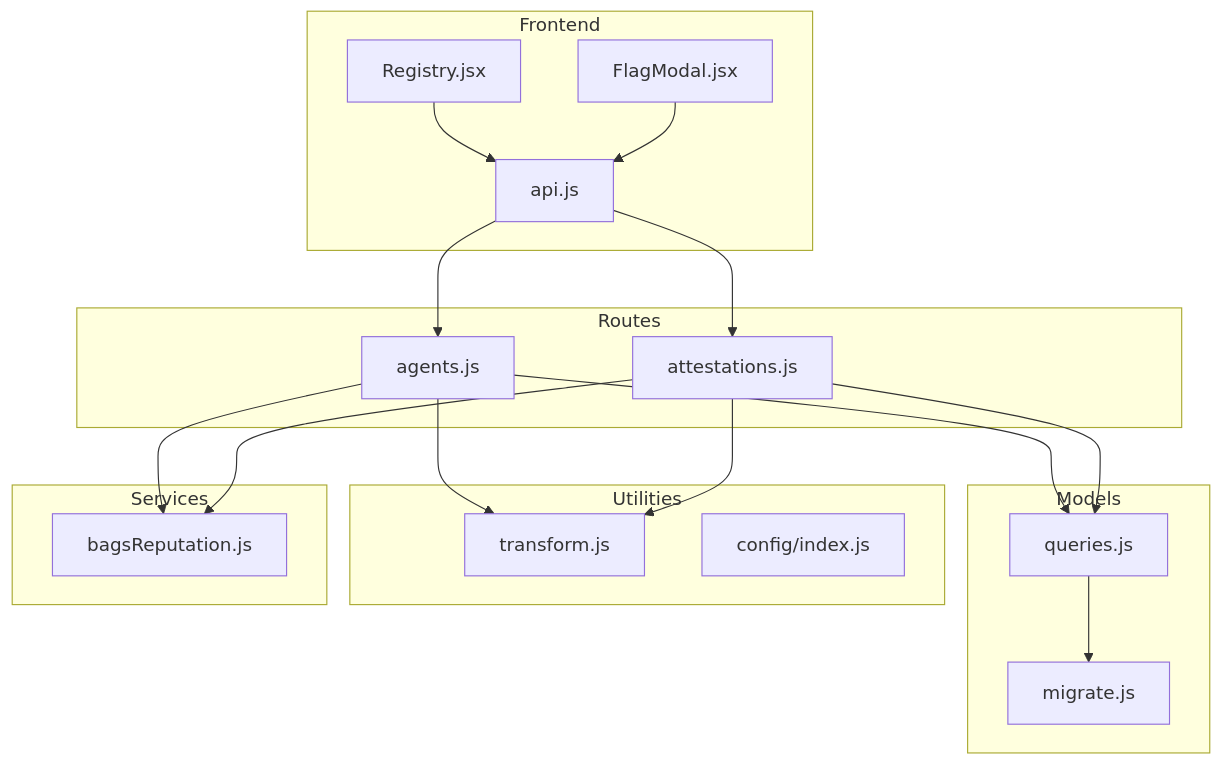
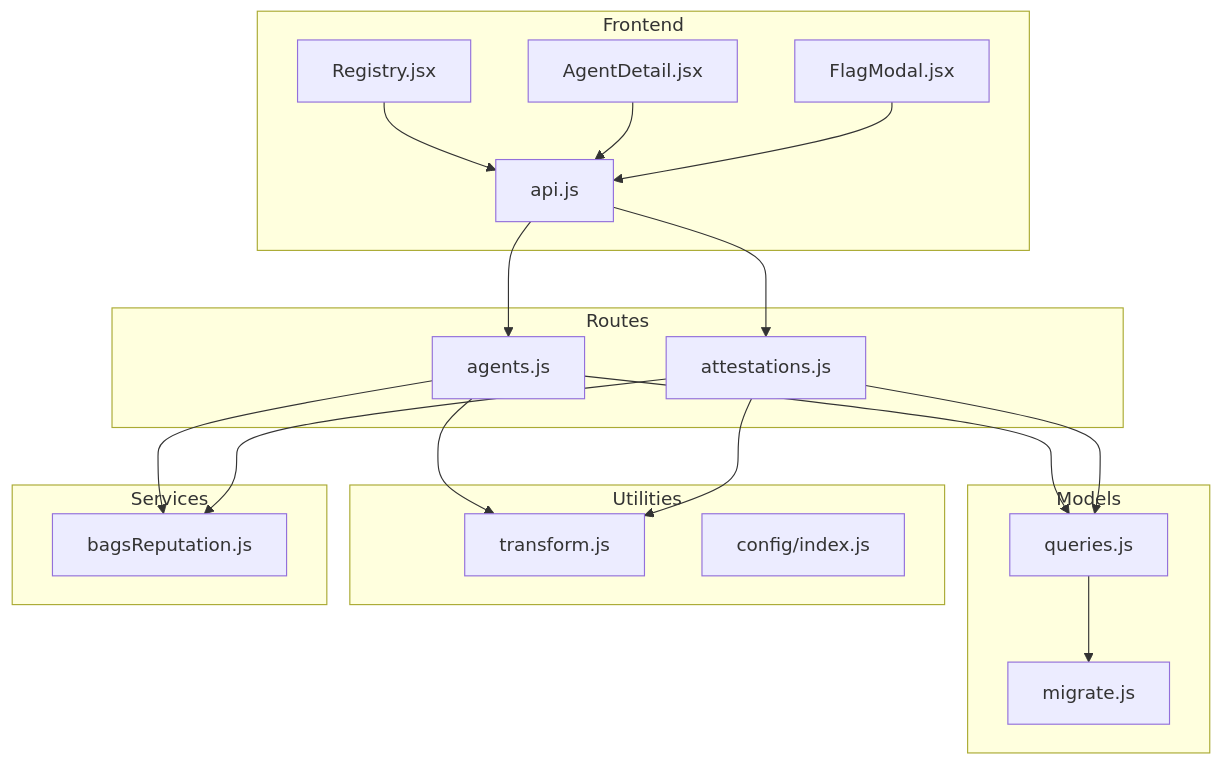
The tenth of 10 diagrams in .qoder/repowiki/en/content/Backend API Reference/Discovery & Registry Endpoints.md (RunTimeAdmin/AgentID), drawn with Mermaid before and after one commit. The commit also changed other lines of this file and 31 other files, not shown here.

````diff
--- a/.qoder/repowiki/en/content/Backend API Reference/Discovery & Registry Endpoints.md
+++ b/.qoder/repowiki/en/content/Backend API Reference/Discovery & Registry Endpoints.md
@@ -402,34 +456,36 @@
 ```mermaid
 graph TB
 subgraph "Routes"
 AgentsRoutes["agents.js"]
 AttestRoutes["attestations.js"]
 end
 subgraph "Models"
 Queries["queries.js"]
 DB["migrate.js"]
 end
 subgraph "Utilities"
 Transform["transform.js"]
 Config["config/index.js"]
 end
 subgraph "Services"
 Reputation["bagsReputation.js"]
 end
 subgraph "Frontend"
 ApiClient["api.js"]
 RegistryPage["Registry.jsx"]
+AgentDetail["AgentDetail.jsx"]
 FlagModal["FlagModal.jsx"]
 end
 AgentsRoutes --> Queries
 AttestRoutes --> Queries
 AgentsRoutes --> Transform
 AttestRoutes --> Transform
 AgentsRoutes --> Reputation
 AttestRoutes --> Reputation
 Queries --> DB
 ApiClient --> AgentsRoutes
 ApiClient --> AttestRoutes
 RegistryPage --> ApiClient
+AgentDetail --> ApiClient
 FlagModal --> ApiClient
 ```
````
